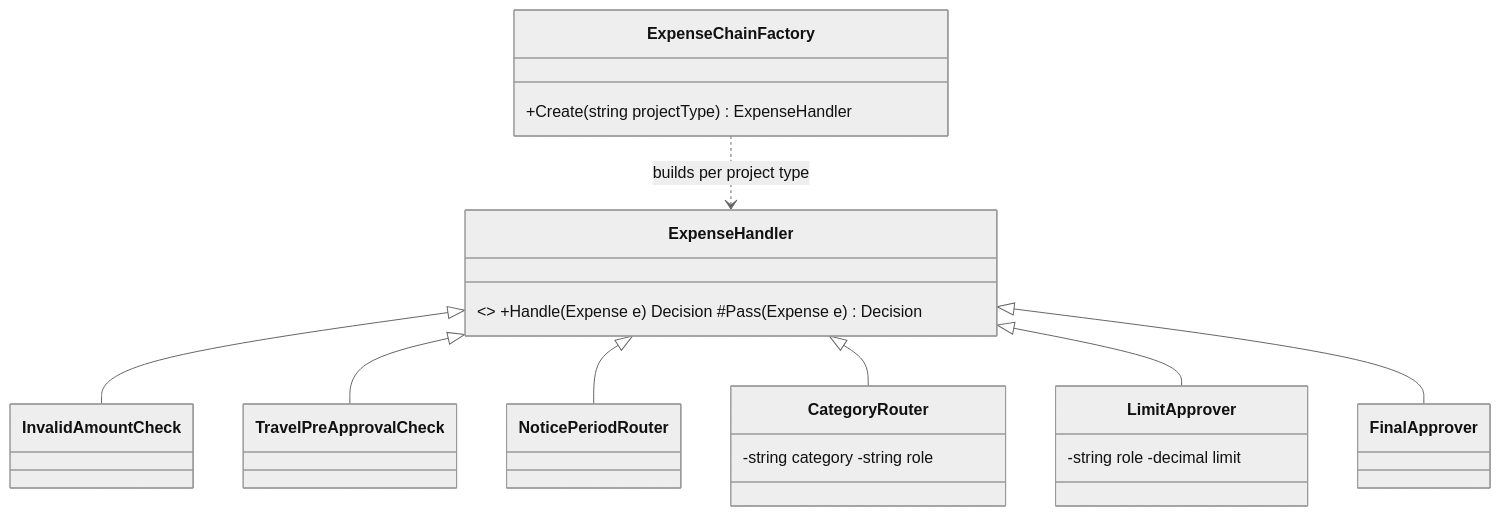
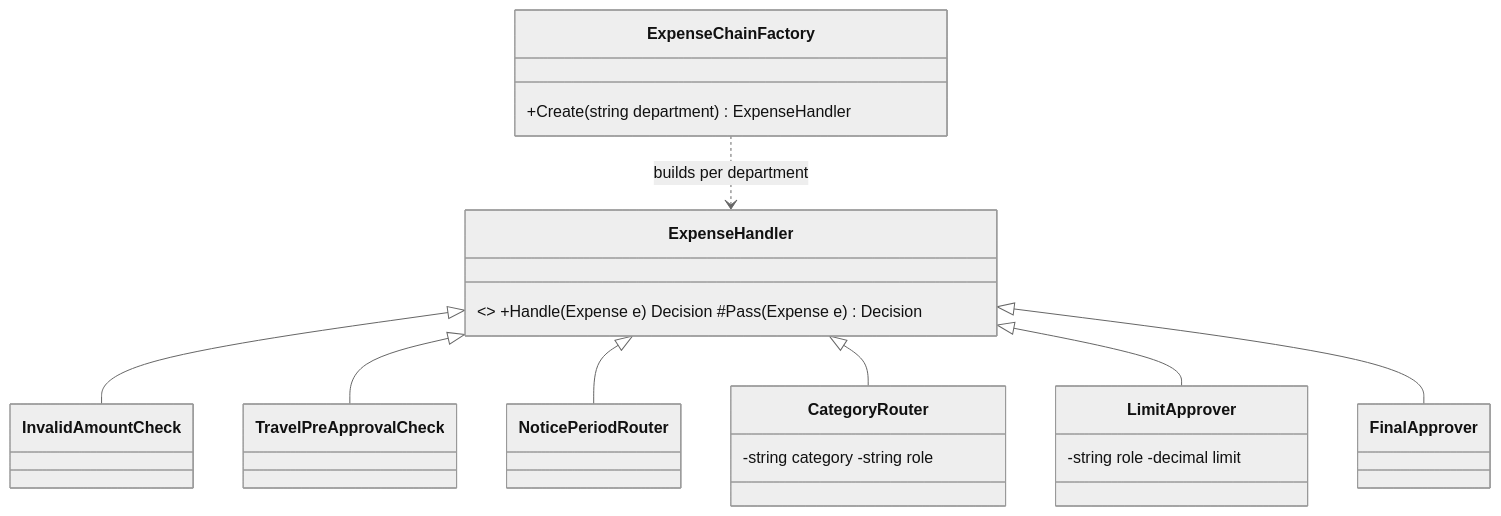
The third of 3 diagrams in content/lessons/m06/m06-chain-of-responsibility.md (rizwi0786/system-design-lab), drawn with Mermaid (neutral theme) before and after one commit. The commit also changed other lines of this file and 334 other files, not shown here.

````diff
--- a/content/lessons/m06/m06-chain-of-responsibility.md
+++ b/content/lessons/m06/m06-chain-of-responsibility.md
@@ -1113,18 +1122,18 @@
 ```mermaid
 classDiagram
   class ExpenseHandler { <<abstract>> +Handle(Expense e) Decision #Pass(Expense e) Decision }
   class InvalidAmountCheck
   class TravelPreApprovalCheck
   class NoticePeriodRouter
   class CategoryRouter { -string category -string role }
   class LimitApprover { -string role -decimal limit }
   class FinalApprover
-  class ExpenseChainFactory { +Create(string projectType) ExpenseHandler }
+  class ExpenseChainFactory { +Create(string department) ExpenseHandler }
   ExpenseHandler <|-- InvalidAmountCheck
   ExpenseHandler <|-- TravelPreApprovalCheck
   ExpenseHandler <|-- NoticePeriodRouter
   ExpenseHandler <|-- CategoryRouter
   ExpenseHandler <|-- LimitApprover
   ExpenseHandler <|-- FinalApprover
-  ExpenseChainFactory ..> ExpenseHandler : builds per project type
+  ExpenseChainFactory ..> ExpenseHandler : builds per department
 ```
````
